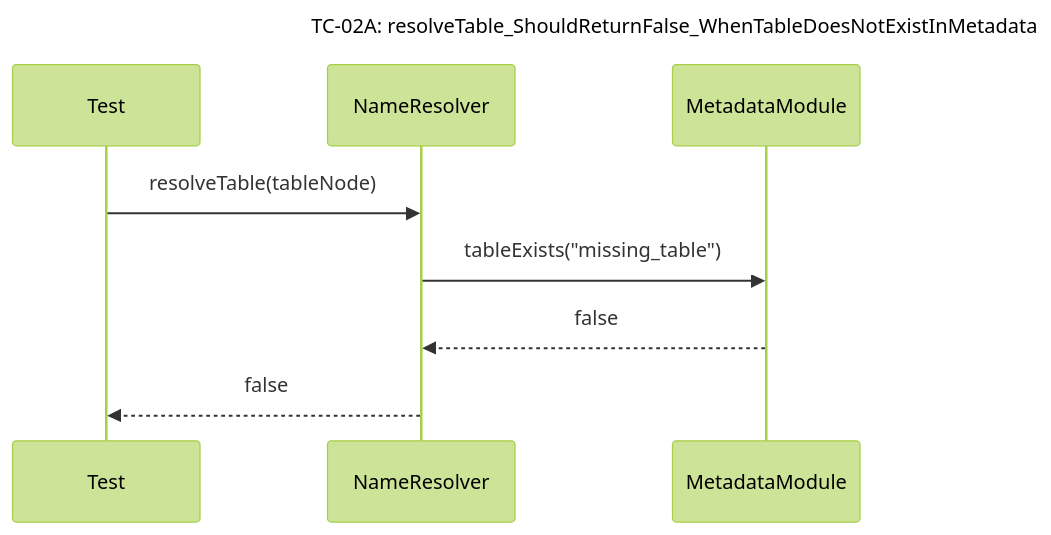
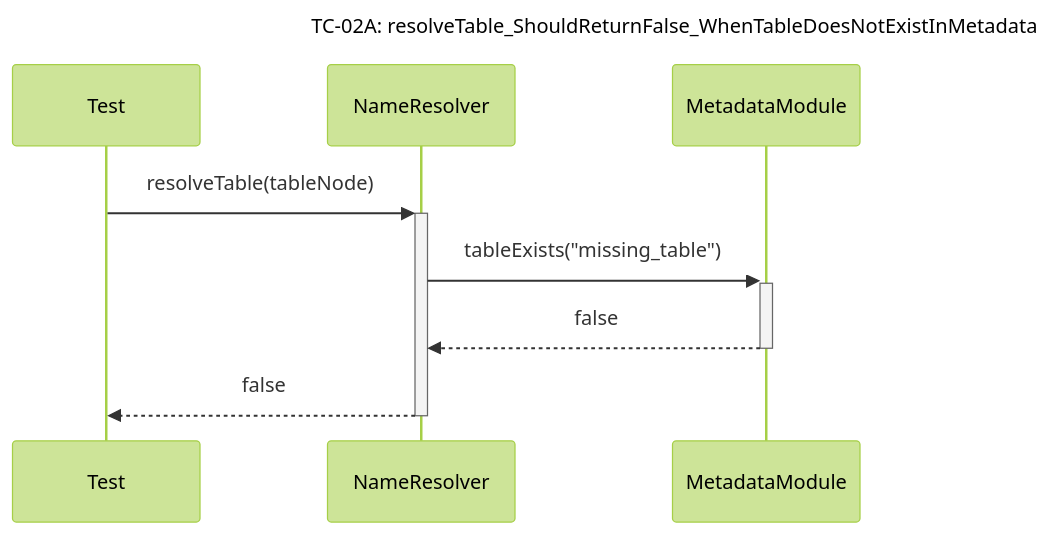
One commit to Dikhang1112/Database_Management_BBV changed the seventh of 30 diagrams in docs/unit_test/query_prossor/SequeceTestCase.md. Above: the diagram before and after it, drawn with Mermaid (forest theme). The commit also changed other lines of this file and 12 other files, not shown here.

Commit message:
Refactor sequece diagram

````diff
--- a/docs/unit_test/query_prossor/SequeceTestCase.md
+++ b/docs/unit_test/query_prossor/SequeceTestCase.md
@@ -109,12 +110,12 @@
 ```mermaid
 sequenceDiagram
     title TC-02A: resolveTable_ShouldReturnFalse_WhenTableDoesNotExistInMetadata
     participant Test
     participant NameResolver
     participant MetadataModule
 
-    Test->>NameResolver: resolveTable(tableNode)
-    NameResolver->>MetadataModule: tableExists("missing_table")
-    MetadataModule-->>NameResolver: false
-    NameResolver-->>Test: false
+    Test->>+NameResolver: resolveTable(tableNode)
+    NameResolver->>+MetadataModule: tableExists("missing_table")
+    MetadataModule-->>-NameResolver: false
+    NameResolver-->>-Test: false
 ```
````
